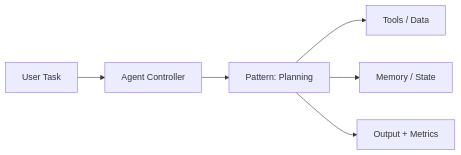
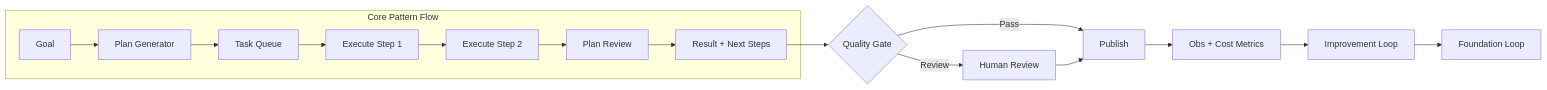
Before and after one commit to vivekreeves/agentic-design-patterns-lab: the diagram in notebooks/level_01_agent_foundations/06_planning_architecture.md, drawn with Mermaid. The commit also changed 71 other files, not shown here.

````diff
--- a/notebooks/level_01_agent_foundations/06_planning_architecture.md
+++ b/notebooks/level_01_agent_foundations/06_planning_architecture.md
@@ -5,8 +5,18 @@
 ```mermaid
 flowchart LR
-  Q[User Task] --> A[Agent Controller]
-  A --> P[Pattern: Planning]
-  P --> T[Tools / Data]
-  P --> M[Memory / State]
-  P --> O[Output + Metrics]
+  subgraph CoreFlow[Core Pattern Flow]
+    G[Goal] --> P[Plan Generator]
+    P --> Q[Task Queue]
+    Q --> E1[Execute Step 1]
+    E1 --> E2[Execute Step 2]
+    E2 --> RV[Plan Review]
+    RV --> O[Result + Next Steps]
+  end
+  O --> QG{Quality Gate}
+  QG -->|Pass| PUB[Publish]
+  QG -->|Review| HREV[Human Review]
+  HREV --> PUB
+  PUB --> OBS[Obs + Cost Metrics]
+  OBS --> LOOP[Improvement Loop]
+  LOOP --> L1[Foundation Loop]
 ```
````
